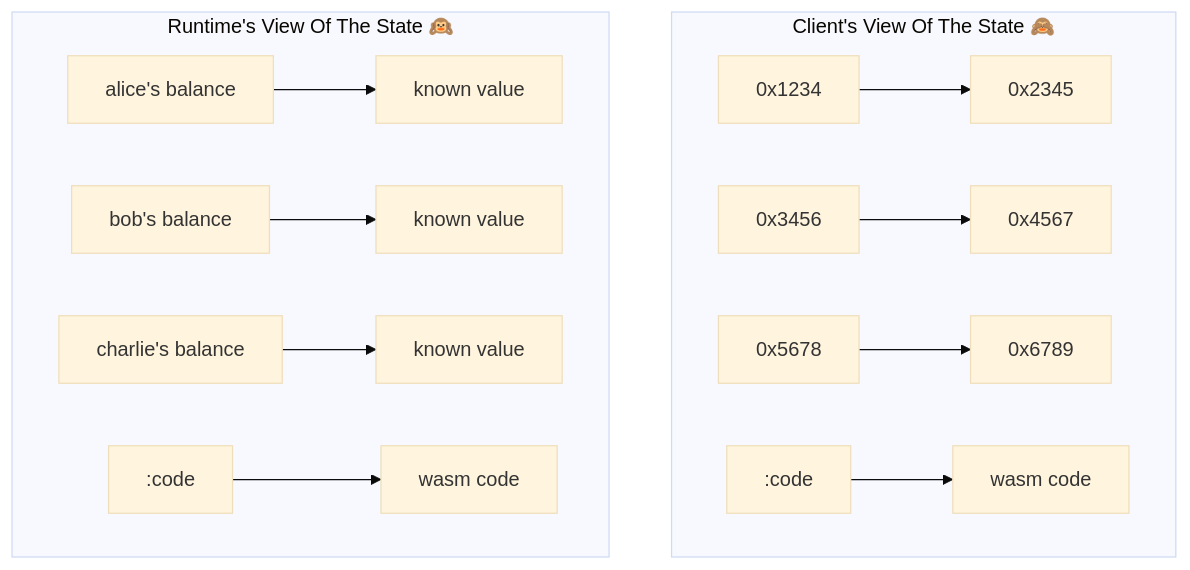
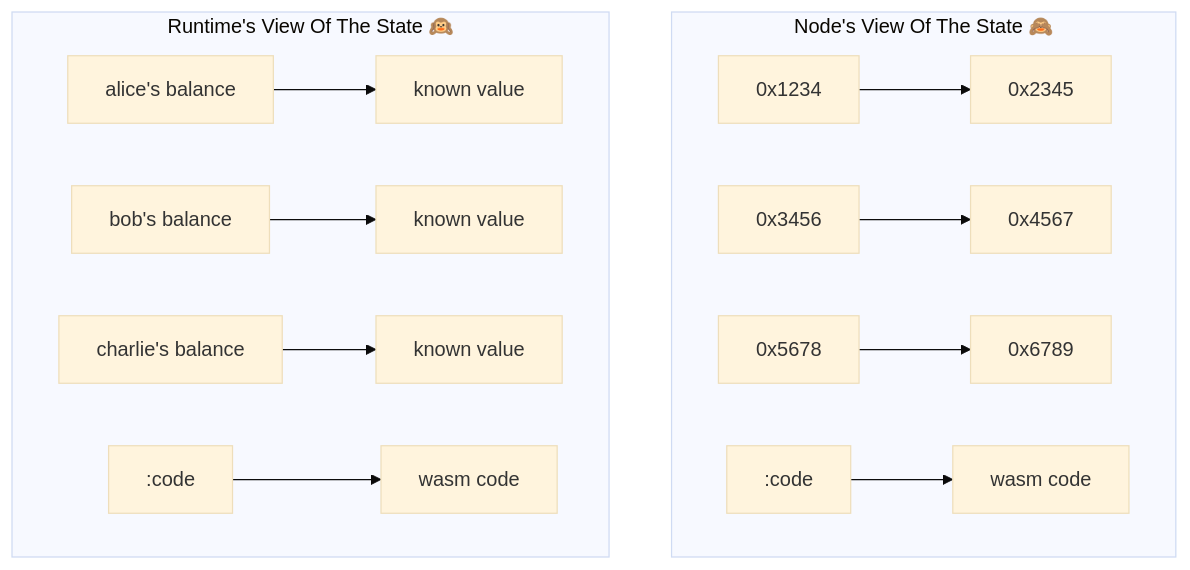
One commit to paritytech/polkadot-sdk changed the diagram in docs/mermaid/state.mmd. Above: the diagram before and after it, drawn with Mermaid (base theme). The commit also changed 30 other files, not shown here.

```diff
--- a/docs/mermaid/state.mmd
+++ b/docs/mermaid/state.mmd
@@ -1,16 +1,16 @@
 flowchart TB
-    subgraph Client[Client's View Of The State 🙈]
+    subgraph Node[Node's View Of The State 🙈]
         direction LR
         0x1234 --> 0x2345
         0x3456 --> 0x4567
         0x5678 --> 0x6789
         :code --> code[wasm code]
     end
 
     subgraph Runtime[Runtime's View Of The State 🙉]
         direction LR
         ab[alice's balance] --> abv[known value]
         bb[bob's balance] --> bbv[known value]
         cb[charlie's balance] --> cbv[known value]
         c2[:code] --> c22[wasm code]
     end
```
